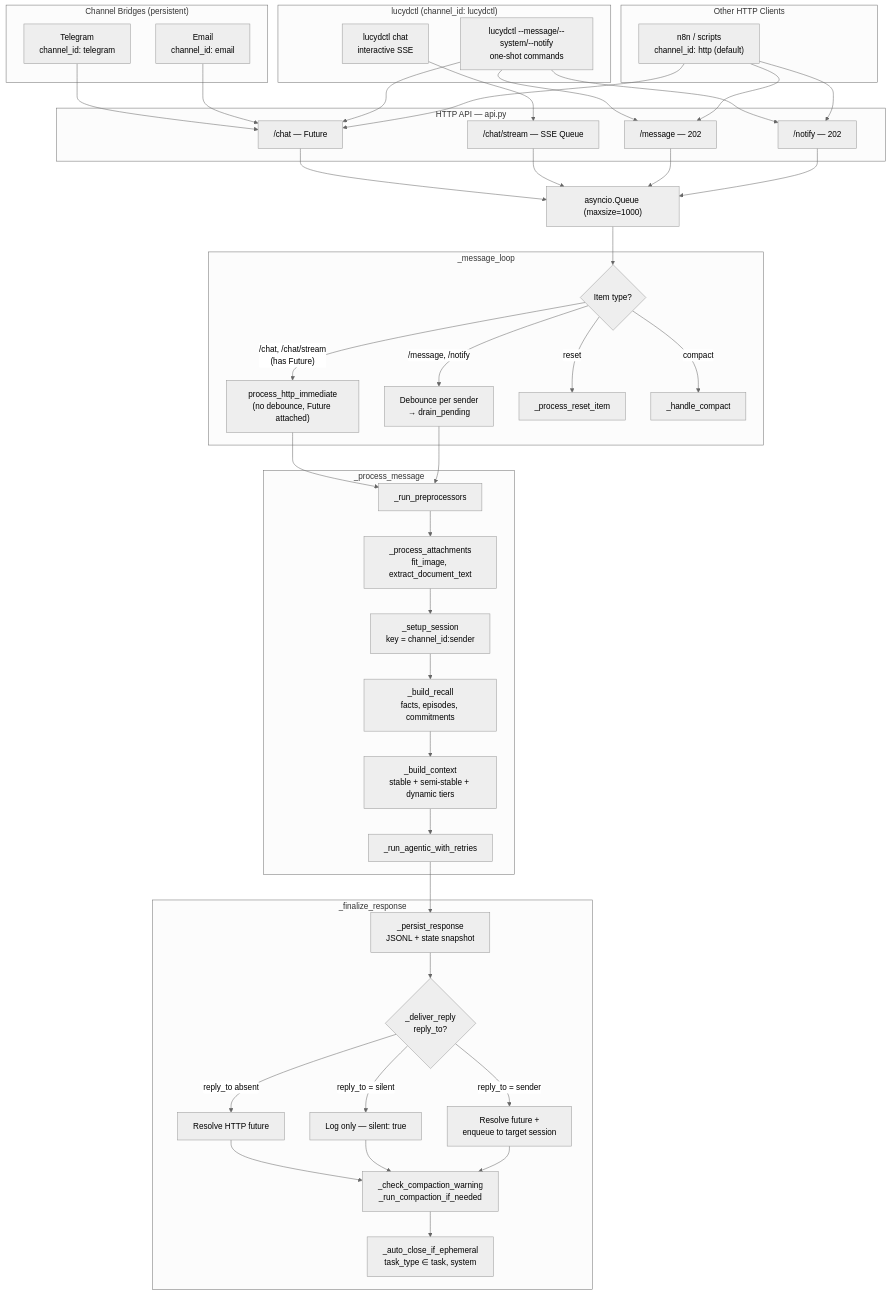
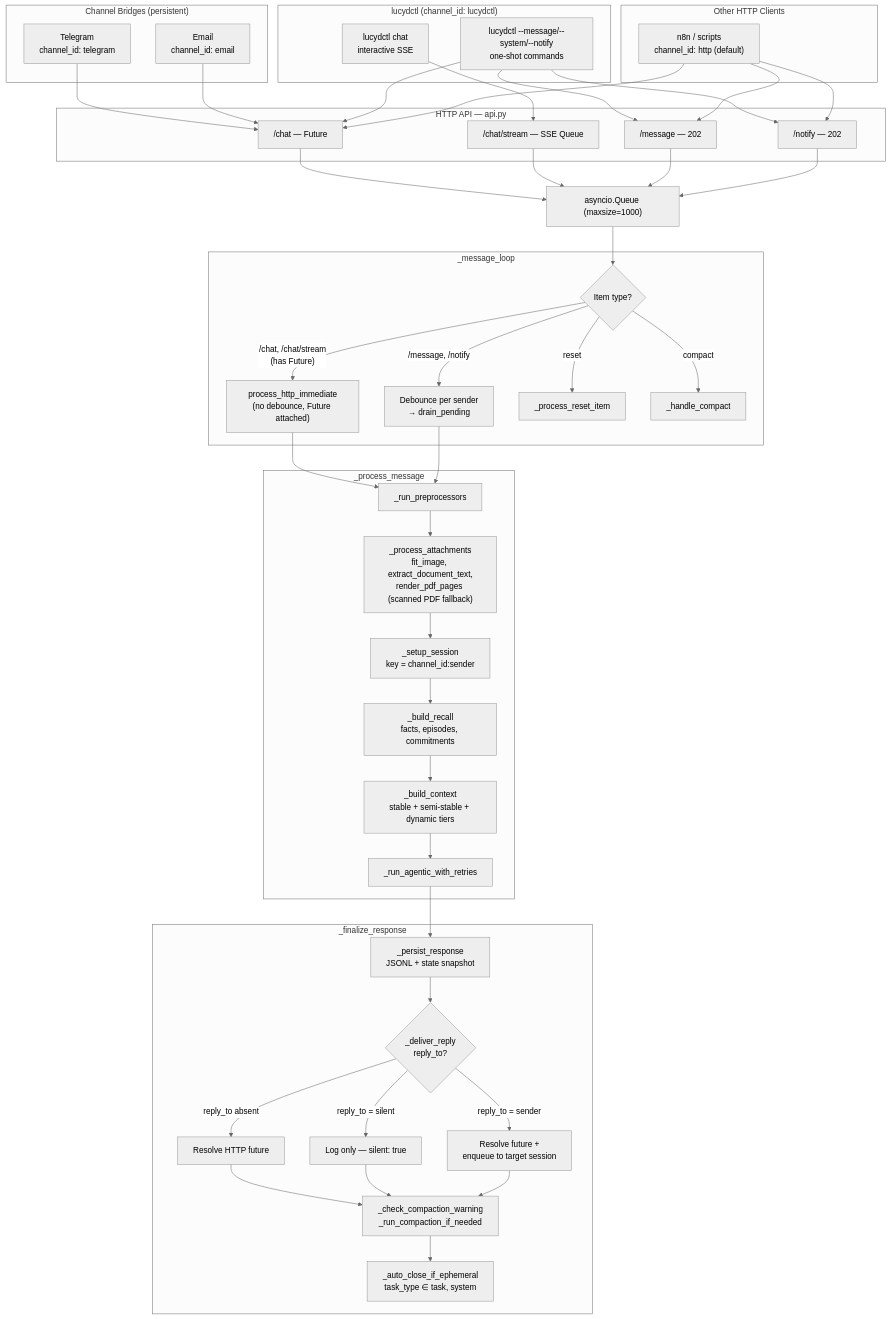
One commit to nicolasforstinger/lucyd changed the first of 10 diagrams in docs/diagrams.md. Above: the diagram before and after it, drawn with Mermaid (neutral theme). The commit also changed 9 other files, not shown here.

First line of the commit message:
Add scanned PDF vision fallback: render pages as images when text extraction yields nothing

````diff
--- a/docs/diagrams.md
+++ b/docs/diagrams.md
@@ -33,75 +33,75 @@
 ```mermaid
 flowchart TD
     subgraph Bridges["Channel Bridges (persistent)"]
         TG["Telegram<br/>channel_id: telegram"]
         EMAIL["Email<br/>channel_id: email"]
     end
 
     subgraph CLI["lucydctl (channel_id: lucydctl)"]
         CHAT_MODE["lucydctl chat<br/>interactive SSE"]
         CMD["lucydctl --message/--system/--notify<br/>one-shot commands"]
     end
 
     subgraph Other["Other HTTP Clients"]
         N8N["n8n / scripts<br/>channel_id: http (default)"]
     end
 
     subgraph API["HTTP API — api.py"]
         CHAT["/chat — Future"]
         STREAM["/chat/stream — SSE Queue"]
         MSG["/message — 202"]
         NOTIFY["/notify — 202"]
     end
 
     Q["asyncio.Queue (maxsize=1000)"]
 
     subgraph Loop["_message_loop"]
         TYPE{"Item type?"}
         IMMEDIATE["process_http_immediate<br/>(no debounce, Future attached)"]
         DEB["Debounce per sender<br/>→ drain_pending"]
         RESET["_process_reset_item"]
         COMPACT["_handle_compact"]
     end
 
     subgraph Process["_process_message"]
         PREPROC["_run_preprocessors"]
-        ATTACH["_process_attachments<br/>fit_image, extract_document_text"]
+        ATTACH["_process_attachments<br/>fit_image, extract_document_text,<br/>render_pdf_pages (scanned PDF fallback)"]
         SETUP["_setup_session<br/>key = channel_id:sender"]
         RECALL["_build_recall<br/>facts, episodes, commitments"]
         BUILD["_build_context<br/>stable + semi-stable + dynamic tiers"]
         RUN["_run_agentic_with_retries"]
     end
 
     subgraph Finalize["_finalize_response"]
         PERSIST["_persist_response<br/>JSONL + state snapshot"]
         DELIVER{"_deliver_reply<br/>reply_to?"}
         DEFAULT["Resolve HTTP future"]
         SILENT["Log only — silent: true"]
         REDIRECT["Resolve future +<br/>enqueue to target session"]
         COMPACT_CHECK["_check_compaction_warning<br/>_run_compaction_if_needed"]
         AUTOCLOSE["_auto_close_if_ephemeral<br/>task_type ∈ task, system"]
     end
 
     TG --> CHAT
     EMAIL --> CHAT
     CHAT_MODE --> STREAM
     CMD --> CHAT & MSG & NOTIFY
     N8N --> CHAT & MSG & NOTIFY
 
     CHAT & STREAM --> Q
     MSG & NOTIFY --> Q
     Q --> TYPE
     TYPE -->|"/chat, /chat/stream<br/>(has Future)"| IMMEDIATE
     TYPE -->|"/message, /notify"| DEB
     TYPE -->|reset| RESET
     TYPE -->|compact| COMPACT
 
     IMMEDIATE --> PREPROC
     DEB --> PREPROC
     PREPROC --> ATTACH --> SETUP --> RECALL --> BUILD --> RUN
     RUN --> PERSIST --> DELIVER
     DELIVER -->|"reply_to absent"| DEFAULT --> COMPACT_CHECK
     DELIVER -->|"reply_to = silent"| SILENT --> COMPACT_CHECK
     DELIVER -->|"reply_to = sender"| REDIRECT --> COMPACT_CHECK
     COMPACT_CHECK --> AUTOCLOSE
 ```
````
